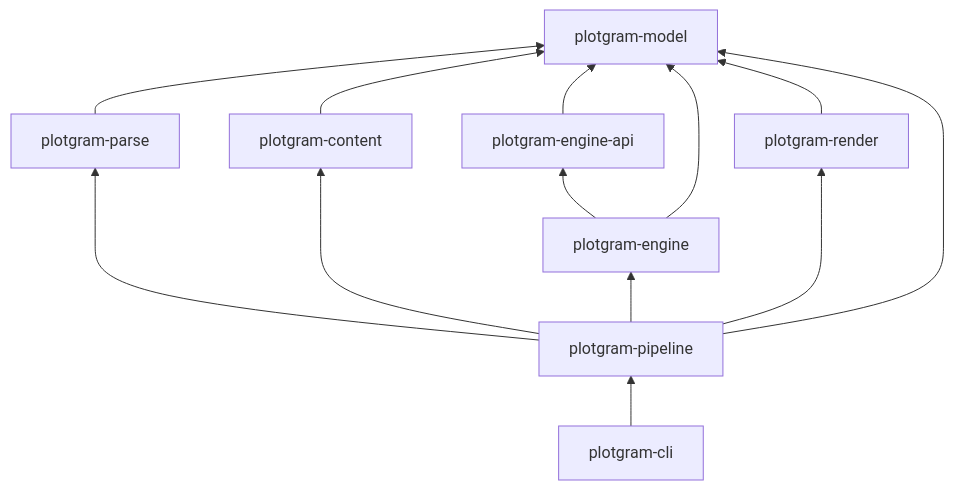
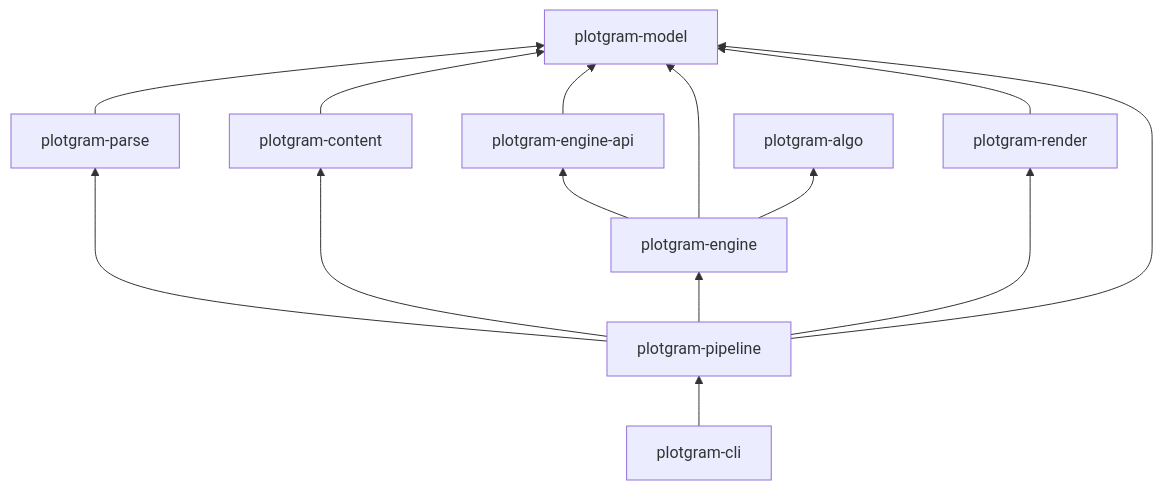
The diagram in docs/readme.md (jimium/plotgram), drawn with Mermaid before and after one commit. The commit also changed other lines of this file and 62 other files, not shown here.

````diff
--- a/docs/readme.md
+++ b/docs/readme.md
@@ -46,24 +49,26 @@
 ```mermaid
 flowchart BT
   model[plotgram-model]
   api[plotgram-engine-api]
+  algo[plotgram-algo]
   content[plotgram-content]
   parse[plotgram-parse]
   engine[plotgram-engine]
   render[plotgram-render]
   pipeline[plotgram-pipeline]
   cli[plotgram-cli]
 
   api --> model
   content --> model
   parse --> model
   engine --> api
   engine --> model
+  engine --> algo
   render --> model
   pipeline --> parse
   pipeline --> content
   pipeline --> engine
   pipeline --> render
   pipeline --> model
   cli --> pipeline
 ```
````
